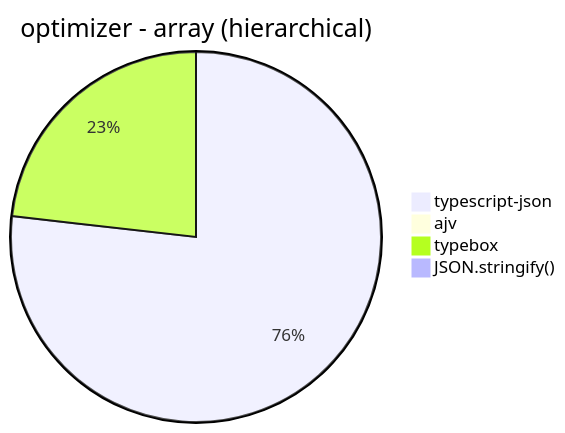
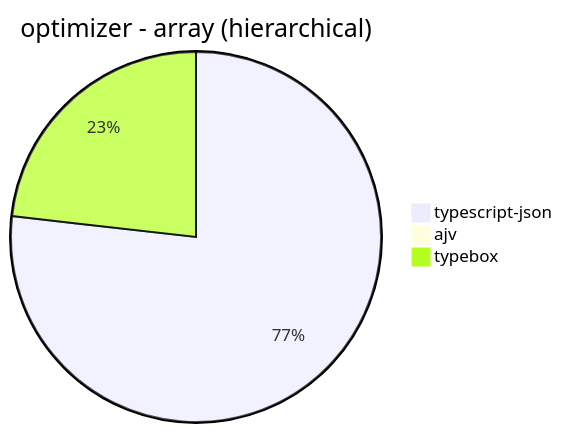
Diagram 28 of 39 in benchmark/results/AMD Ryzen 7 5800H with Radeon Graphics.md (samchon/typia), drawn with Mermaid before and after one commit. The commit also changed other lines of this file and 21 other files, not shown here.

````diff
--- a/benchmark/results/AMD Ryzen 7 5800H with Radeon Graphics.md
+++ b/benchmark/results/AMD Ryzen 7 5800H with Radeon Graphics.md
@@ -346,7 +343,6 @@
 ```mermaid
 pie title optimizer - array (hierarchical)
   "typescript-json": 3491.5130498266108
   "ajv": 6.487488415199259
   "typebox": 1054.7066591209204
-  "JSON.stringify()": 27.148474068526493
 ```
````
